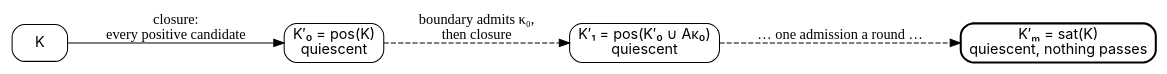
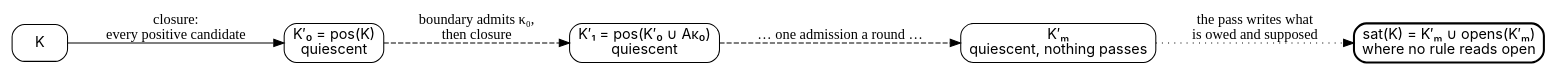
Before and after one commit to agutikov/ein: the diagram in docs/ein/reasoning/02-kb-evolution/diagrams/02-two-phases.dot, drawn with Graphviz. The commit also changed 138 other files, not shown here.

```diff
--- a/docs/ein/reasoning/02-kb-evolution/diagrams/02-two-phases.dot
+++ b/docs/ein/reasoning/02-kb-evolution/diagrams/02-two-phases.dot
@@ -1,11 +1,13 @@
 digraph two_phases {
   rankdir=LR;
   node [fontname="Inter", shape=box, style=rounded];
   K [label="K"];
   q0 [label="K′₀ = pos(K)\nquiescent"];
   q1 [label="K′₁ = pos(K′₀ ∪ Aκ₀)\nquiescent"];
-  qm [label="K′ₘ = sat(K)\nquiescent, nothing passes", penwidth=2];
+  qm [label="K′ₘ\nquiescent, nothing passes"];
+  sat [label="sat(K) = K′ₘ ∪ opens(K′ₘ)\nwhere no rule reads open", penwidth=2];
   K -> q0 [label="closure:\nevery positive candidate"];
   q0 -> q1 [label="boundary admits κ₀,\nthen closure", style=dashed];
   q1 -> qm [label="… one admission a round …", style=dashed];
+  qm -> sat [label="the pass writes what\nis owed and supposed", style=dotted];
 }
```
